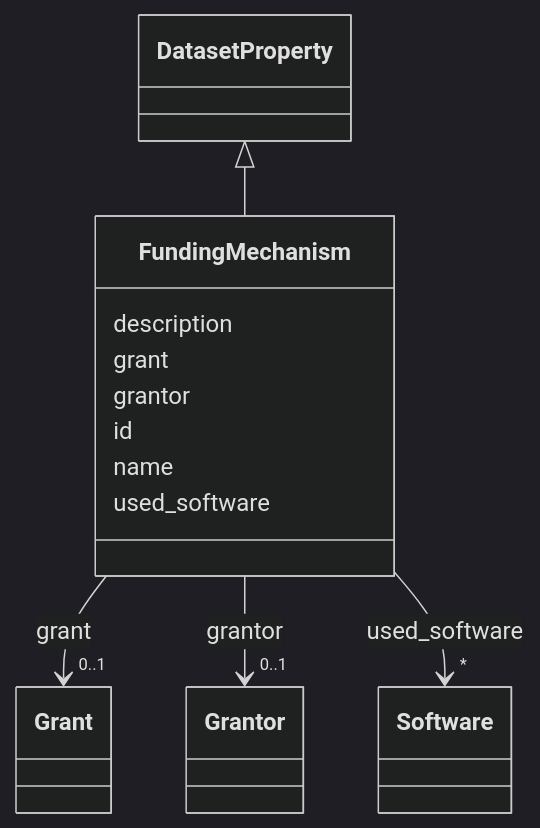
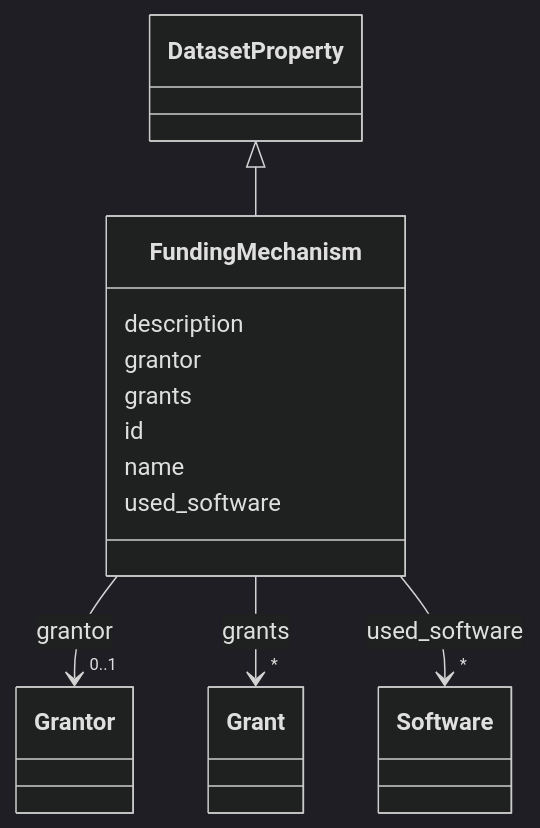
One commit to bridge2ai/data-sheets-schema changed the diagram in docs/FundingMechanism.md. Above: the diagram before and after it, drawn with Mermaid (dark theme). The commit also changed other lines of this file and 682 other files, not shown here.

````diff
--- a/docs/FundingMechanism.md
+++ b/docs/FundingMechanism.md
@@ -20,48 +20,48 @@
 ```mermaid
  classDiagram
     class FundingMechanism
     click FundingMechanism href "../FundingMechanism/"
       DatasetProperty <|-- FundingMechanism
         click DatasetProperty href "../DatasetProperty/"
       
       FundingMechanism : description
         
-      FundingMechanism : grant
-        
-          
-    
-        
-        
-        FundingMechanism --> "0..1" Grant : grant
-        click Grant href "../Grant/"
-    
-
-        
       FundingMechanism : grantor
         
           
     
         
         
         FundingMechanism --> "0..1" Grantor : grantor
         click Grantor href "../Grantor/"
+    
+
+        
+      FundingMechanism : grants
+        
+          
+    
+        
+        
+        FundingMechanism --> "*" Grant : grants
+        click Grant href "../Grant/"
     
 
         
       FundingMechanism : id
         
       FundingMechanism : name
         
       FundingMechanism : used_software
         
           
     
         
         
         FundingMechanism --> "*" Software : used_software
         click Software href "../Software/"
     
 
         
       
 ```
````
